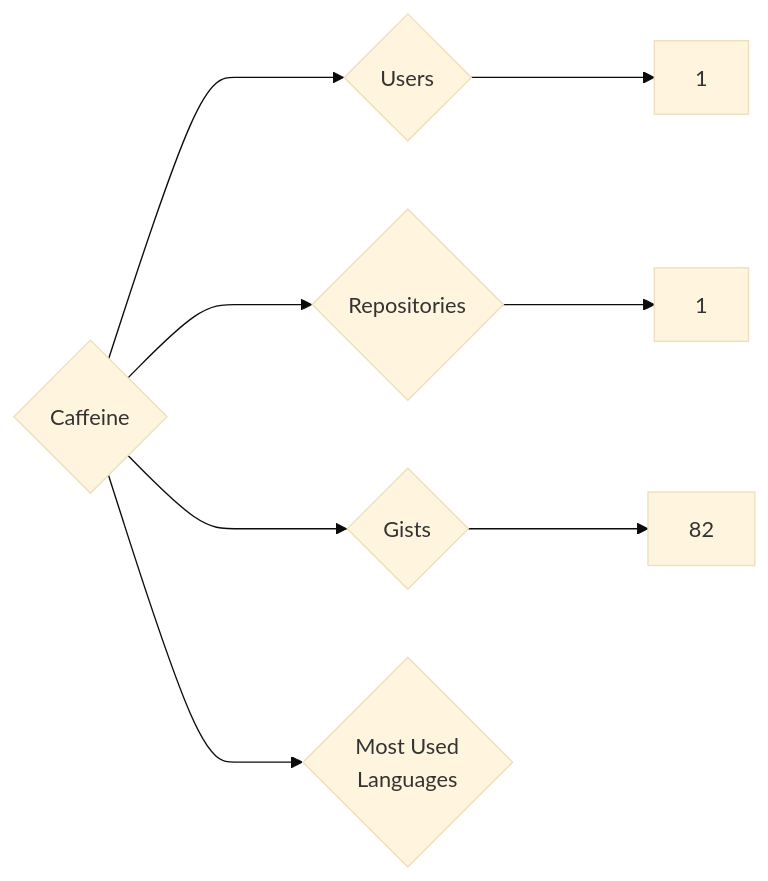
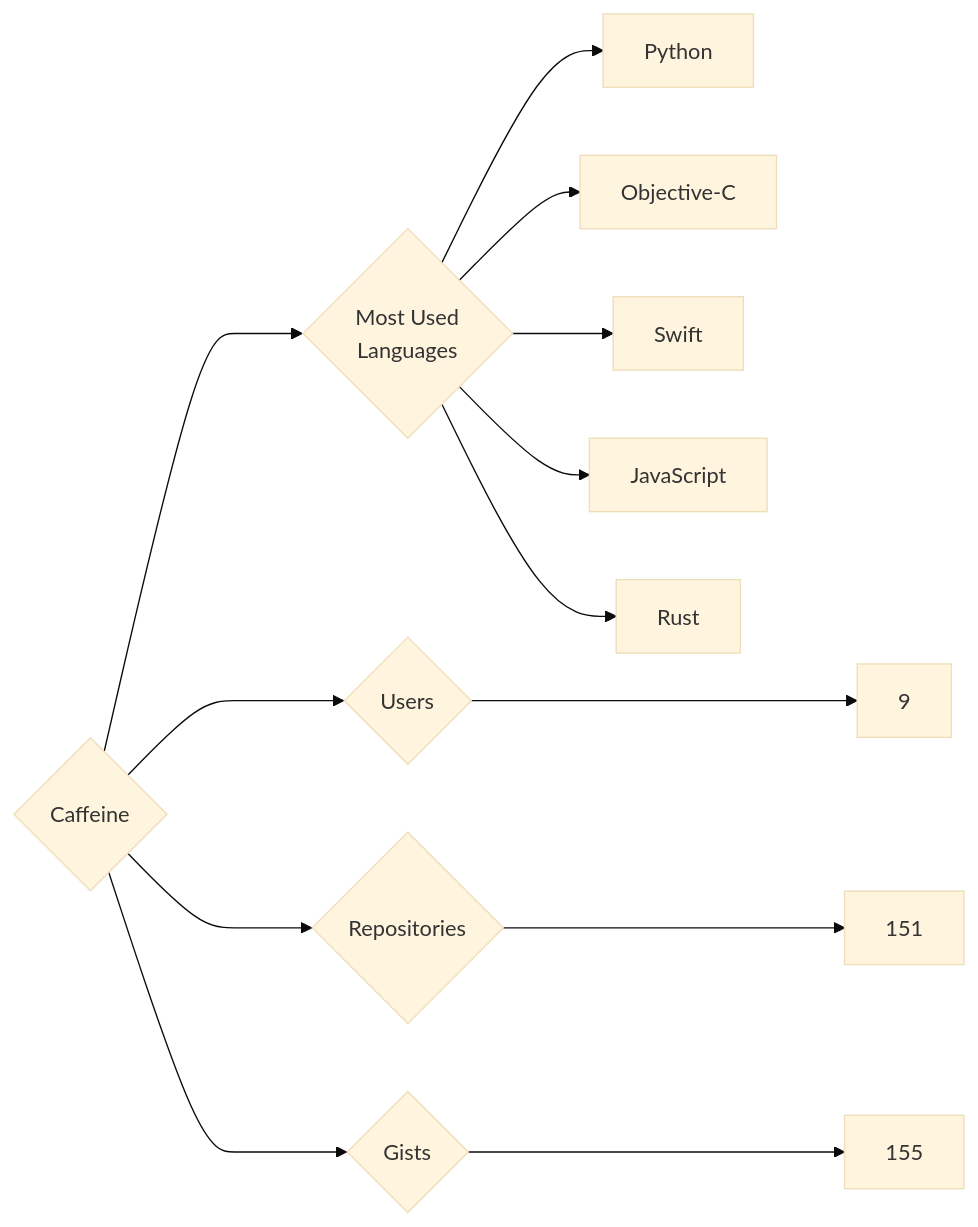
Before and after one commit to trickest/insiders: the diagram in targets/Caffeine/README.md, drawn with Mermaid (base theme). The commit also changed 845 other files, not shown here.

````diff
--- a/targets/Caffeine/README.md
+++ b/targets/Caffeine/README.md
@@ -3,8 +3,13 @@
 ```mermaid
 graph LR
 COMPANY_NAME{Caffeine}
-COMPANY_NAME ---> U{Users} ---> UN[1]
-COMPANY_NAME ---> R{Repositories} ---> RN[1]
-COMPANY_NAME ---> G{Gists} ---> GN[82]
+COMPANY_NAME ---> U{Users} ---> UN[9]
+COMPANY_NAME ---> R{Repositories} ---> RN[151]
+COMPANY_NAME ---> G{Gists} ---> GN[155]
 COMPANY_NAME ---> ML{Most Used<br>Languages}
+ML --> Python[Python]
+ML --> Objective-C[Objective-C]
+ML --> Swift[Swift]
+ML --> JavaScript[JavaScript]
+ML --> Rust[Rust]
 ```
````
